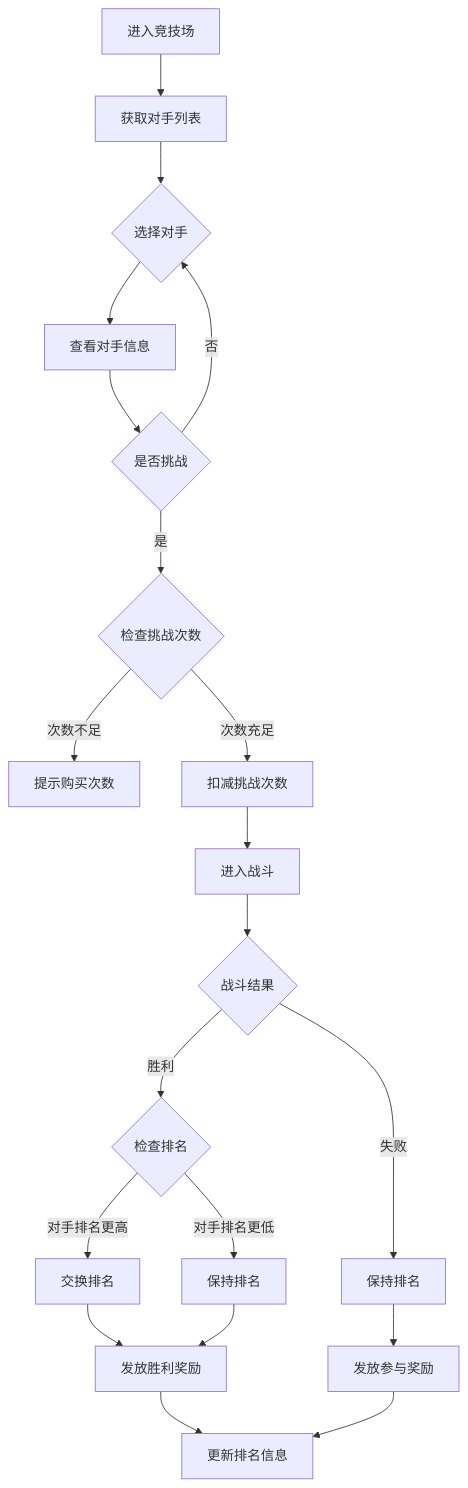
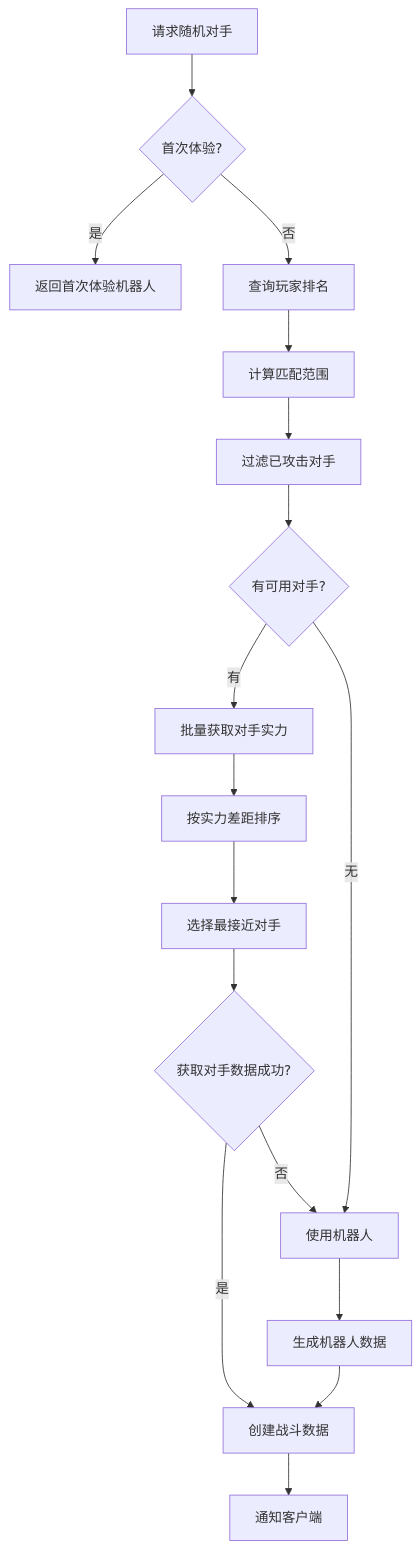
One commit to Alan-Ben/k2c_game_framework changed the fourth of 6 diagrams in docs/Module_Arena/05_完整说明.md. Above: the diagram before and after it, drawn with Mermaid. The commit also changed other lines of this file and 75 other files, not shown here.

````diff
--- a/docs/Module_Arena/05_完整说明.md
+++ b/docs/Module_Arena/05_完整说明.md
@@ -64,22 +223,25 @@
 ```mermaid
 flowchart TD
-    A[进入竞技场] --> B[获取对手列表]
-    B --> C{选择对手}
-    C --> D[查看对手信息]
-    D --> E{是否挑战}
-    E -->|否| C
-    E -->|是| F{检查挑战次数}
-    F -->|次数不足| G[提示购买次数]
-    F -->|次数充足| H[扣减挑战次数]
-    H --> I[进入战斗]
-    I --> J{战斗结果}
-    J -->|胜利| K{检查排名}
-    K -->|对手排名更高| L[交换排名]
-    K -->|对手排名更低| M[保持排名]
-    J -->|失败| N[保持排名]
-    L --> O[发放胜利奖励]
-    M --> O
-    N --> P[发放参与奖励]
-    O --> Q[更新排名信息]
-    P --> Q
+    A[请求随机对手] --> B{首次体验?}
+    B -->|是| C[返回首次体验机器人]
+    B -->|否| D[查询玩家排名]
+
+    D --> E[计算匹配范围]
+    E --> F[过滤已攻击对手]
+    F --> G{有可用对手?}
+
+    G -->|有| H[批量获取对手实力]
+    G -->|无| I[使用机器人]
+
+    H --> J[按实力差距排序]
+    J --> K[选择最接近对手]
+    K --> L{获取对手数据成功?}
+
+    L -->|是| M[创建战斗数据]
+    L -->|否| I
+
+    I --> N[生成机器人数据]
+    N --> M
+
+    M --> O[通知客户端]
 ```
````
